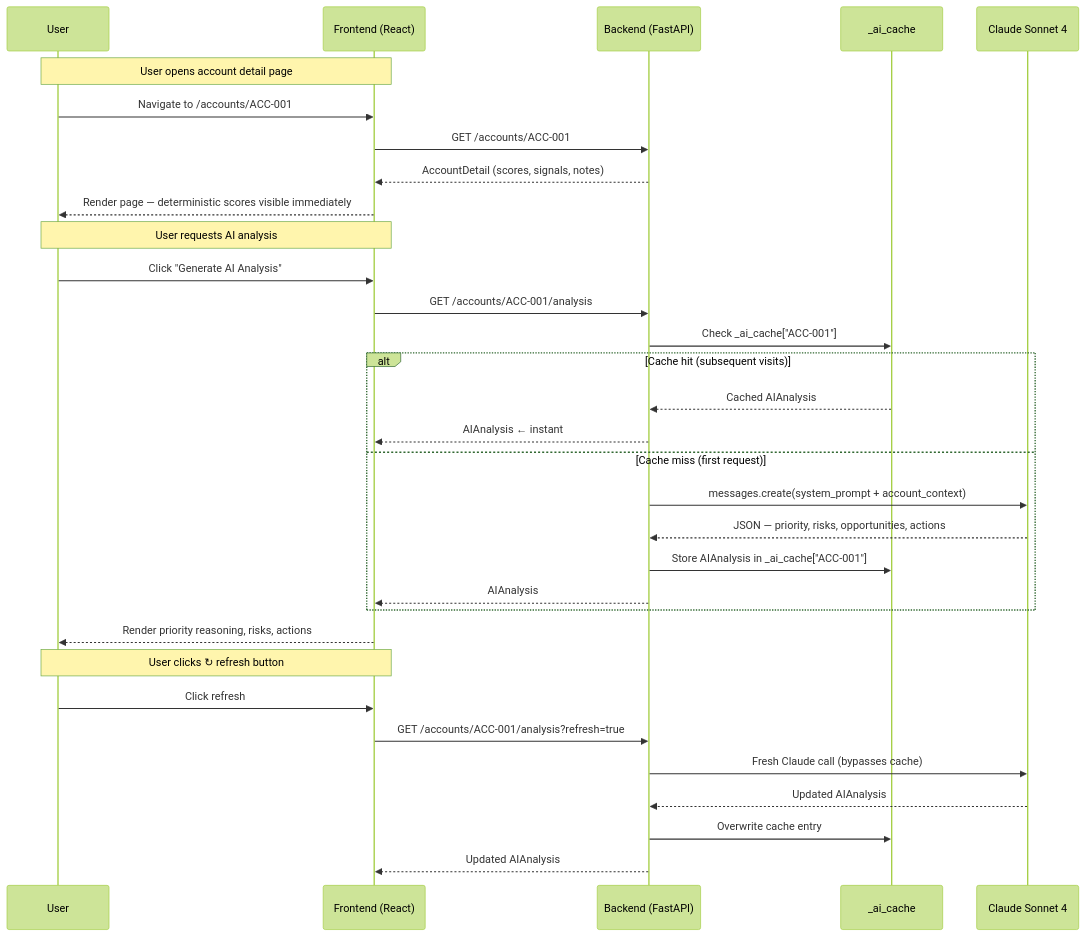
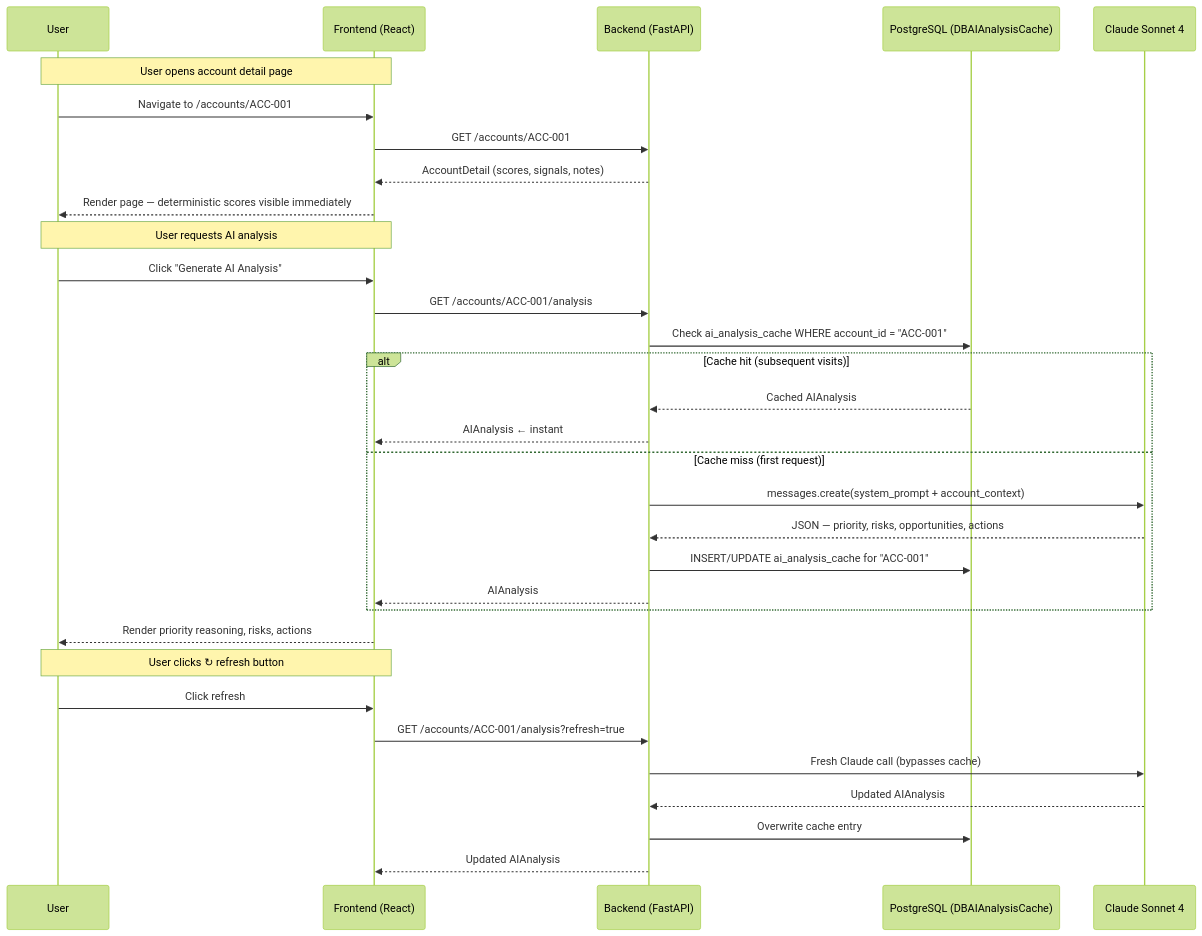
The fourth of 6 diagrams in DIAGRAMS.md (mrussum/Tenzing-AI-v1), drawn with Mermaid (forest theme) before and after one commit. The commit also changed other lines of this file and 6 other files, not shown here.

````diff
--- a/DIAGRAMS.md
+++ b/DIAGRAMS.md
@@ -139,39 +139,39 @@
 ```mermaid
 sequenceDiagram
     participant U  as User
     participant FE as Frontend (React)
     participant BE as Backend (FastAPI)
-    participant CA as _ai_cache
+    participant CA as PostgreSQL (DBAIAnalysisCache)
     participant CL as Claude Sonnet 4
 
     Note over U,FE: User opens account detail page
     U  ->> FE: Navigate to /accounts/ACC-001
     FE ->> BE: GET /accounts/ACC-001
     BE -->> FE: AccountDetail (scores, signals, notes)
     FE -->> U:  Render page — deterministic scores visible immediately
 
     Note over U,FE: User requests AI analysis
     U  ->> FE: Click "Generate AI Analysis"
     FE ->> BE: GET /accounts/ACC-001/analysis
 
-    BE ->> CA: Check _ai_cache["ACC-001"]
+    BE ->> CA: Check ai_analysis_cache WHERE account_id = "ACC-001"
 
     alt Cache hit (subsequent visits)
         CA -->> BE: Cached AIAnalysis
         BE -->> FE: AIAnalysis  ← instant
     else Cache miss (first request)
         BE ->> CL: messages.create(system_prompt + account_context)
         CL -->> BE: JSON — priority, risks, opportunities, actions
-        BE ->> CA: Store AIAnalysis in _ai_cache["ACC-001"]
+        BE ->> CA: INSERT/UPDATE ai_analysis_cache for "ACC-001"
         BE -->> FE: AIAnalysis
     end
 
     FE -->> U: Render priority reasoning, risks, actions
     Note over U,FE: User clicks ↻ refresh button
     U  ->> FE: Click refresh
     FE ->> BE: GET /accounts/ACC-001/analysis?refresh=true
     BE ->> CL: Fresh Claude call (bypasses cache)
     CL -->> BE: Updated AIAnalysis
     BE ->> CA: Overwrite cache entry
     BE -->> FE: Updated AIAnalysis
 ```
````
